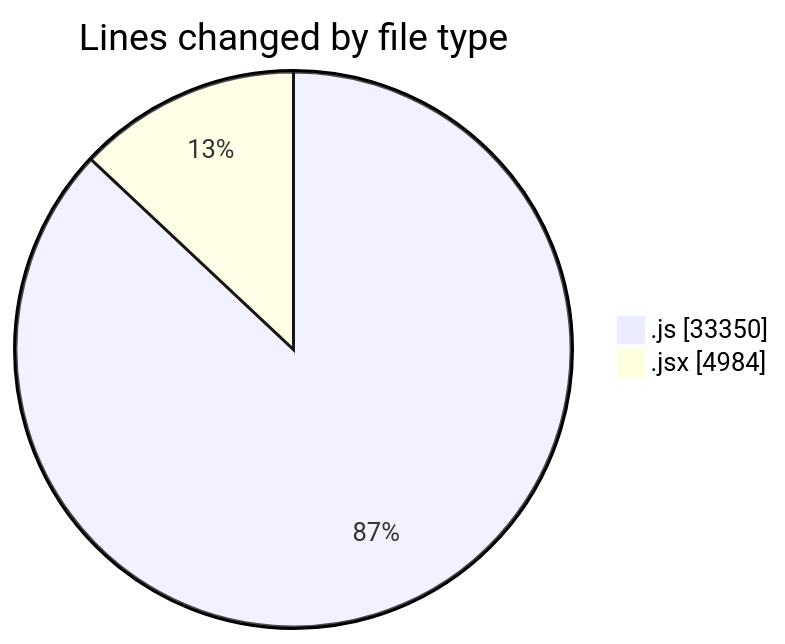
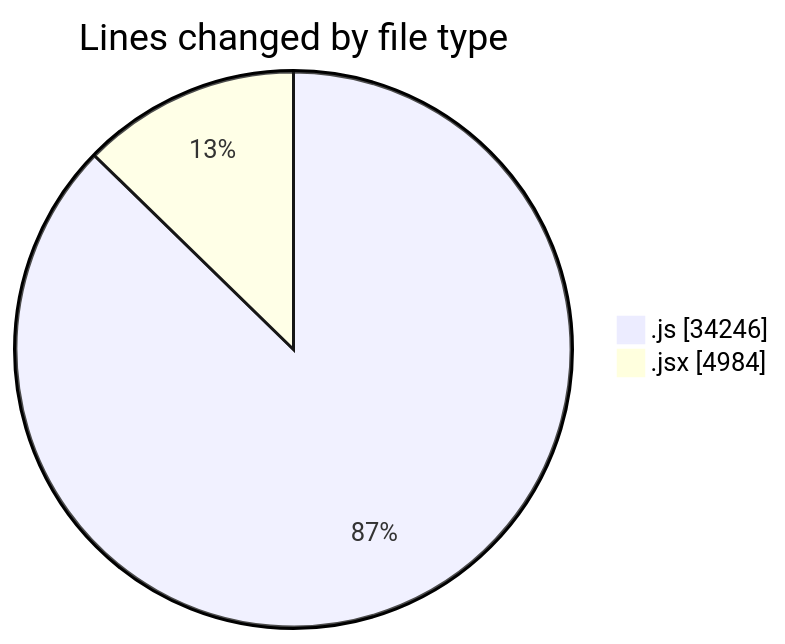
The first of 2 diagrams in 2025-09-30/nxtqube_webapp/README.md (nxtqubesakshisongat/code-tracking), drawn with Mermaid before and after one commit. The commit also changed other lines of this file and 1 other file, not shown here.

````diff
--- a/2025-09-30/nxtqube_webapp/README.md
+++ b/2025-09-30/nxtqube_webapp/README.md
@@ -25,6 +25,6 @@
 ```mermaid
 pie showData
 title Lines changed by file type
-".js" : 33350
+".js" : 34246
 ".jsx" : 4984
 ```
````
